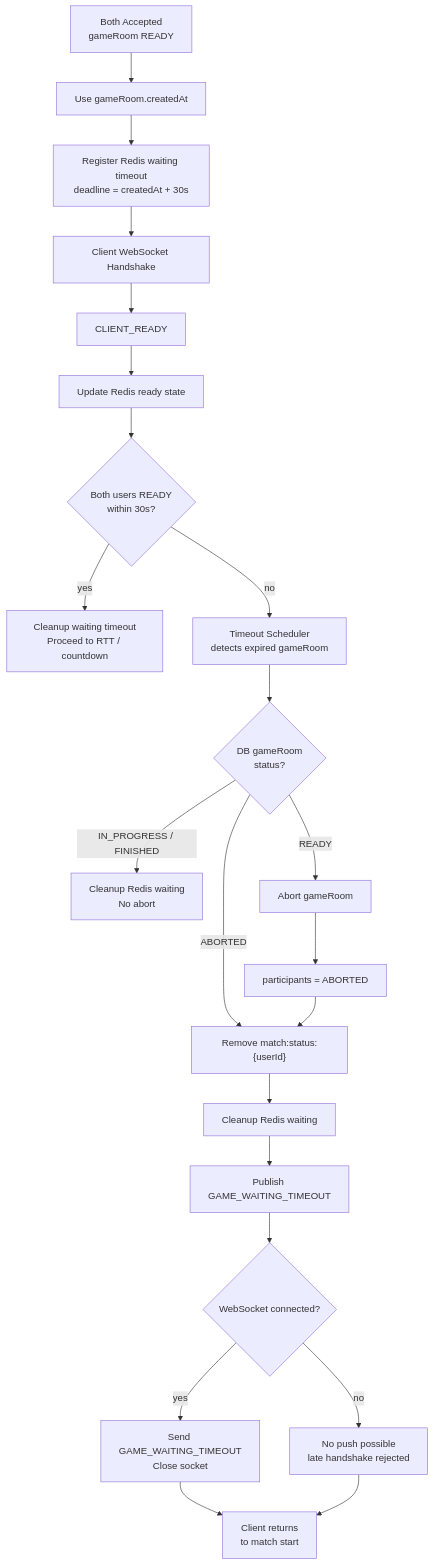
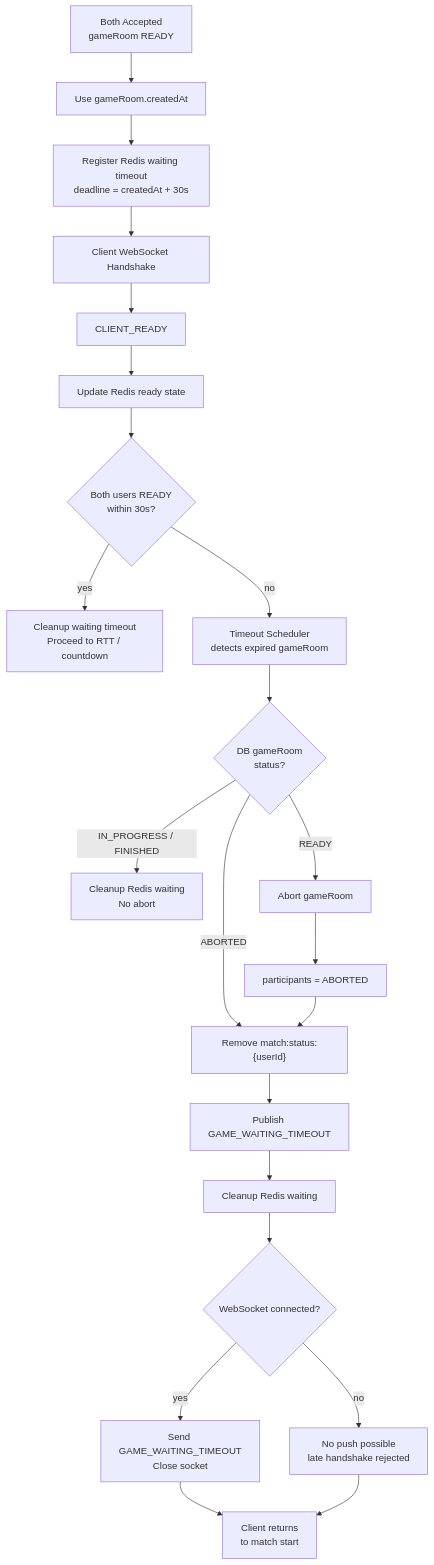
One commit to moonwhistle/League-of-Star changed the diagram in docs/antigravity/backend/issue-42-game-waiting-websocket-timeout.md. Above: the diagram before and after it, drawn with Mermaid. The commit also changed other lines of this file and 15 other files, not shown here.

````diff
--- a/docs/antigravity/backend/issue-42-game-waiting-websocket-timeout.md
+++ b/docs/antigravity/backend/issue-42-game-waiting-websocket-timeout.md
@@ -19,29 +19,29 @@
 ```mermaid
 flowchart TD
     A["Both Accepted<br/>gameRoom READY"] --> B["Use gameRoom.createdAt"]
     B --> C["Register Redis waiting timeout<br/>deadline = createdAt + 30s"]
 
     C --> D["Client WebSocket Handshake"]
     D --> E["CLIENT_READY"]
     E --> F["Update Redis ready state"]
 
     F --> G{"Both users READY<br/>within 30s?"}
     G -->|"yes"| H["Cleanup waiting timeout<br/>Proceed to RTT / countdown"]
     G -->|"no"| I["Timeout Scheduler<br/>detects expired gameRoom"]
 
     I --> J{"DB gameRoom<br/>status?"}
     J -->|"IN_PROGRESS / FINISHED"| K["Cleanup Redis waiting<br/>No abort"]
     J -->|"READY"| L["Abort gameRoom"]
     J -->|"ABORTED"| N["Remove match:status:{userId}"]
     L --> M["participants = ABORTED"]
     M --> N["Remove match:status:{userId}"]
-    N --> O["Cleanup Redis waiting"]
-    O --> P["Publish GAME_WAITING_TIMEOUT"]
+    N --> O["Publish GAME_WAITING_TIMEOUT"]
+    O --> P["Cleanup Redis waiting"]
 
     P --> Q{"WebSocket connected?"}
     Q -->|"yes"| R["Send GAME_WAITING_TIMEOUT<br/>Close socket"]
     Q -->|"no"| S["No push possible<br/>late handshake rejected"]
 
     R --> T["Client returns<br/>to match start"]
     S --> T
 ```
````
